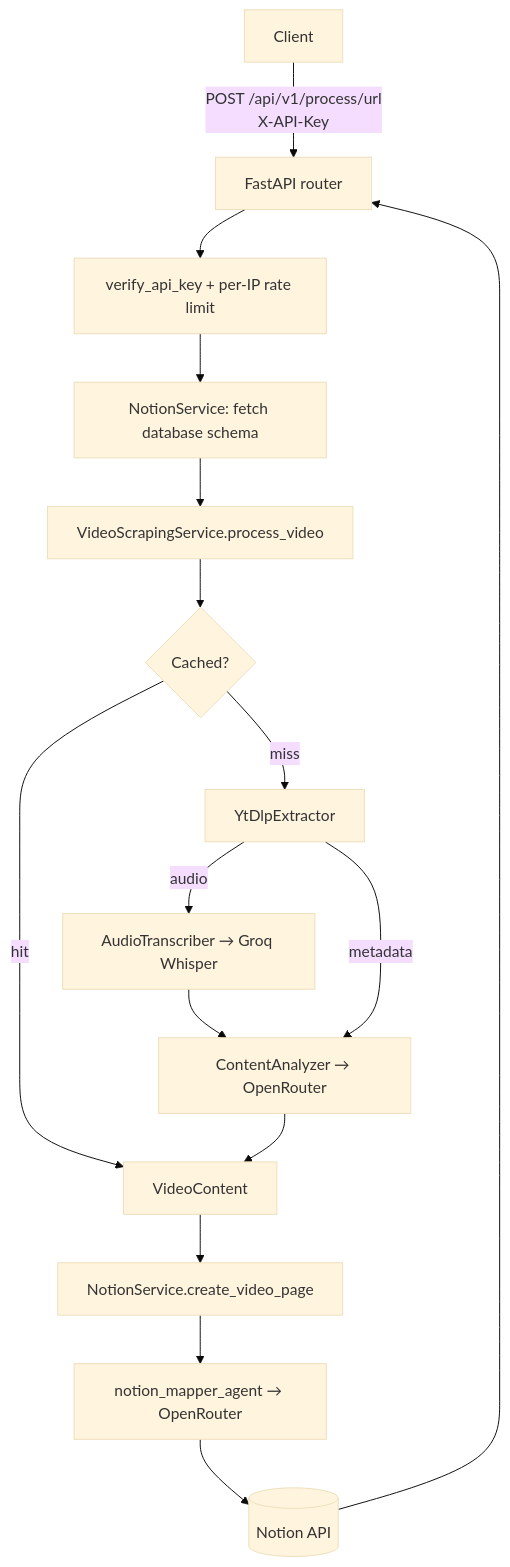
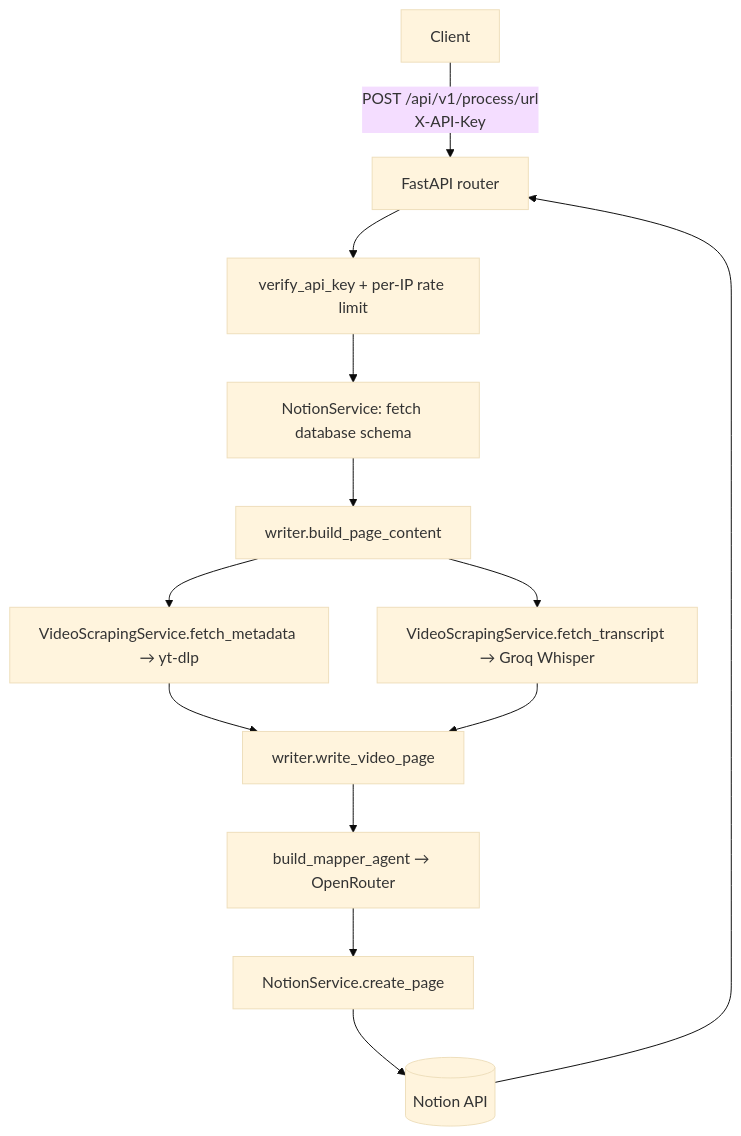
One commit to MichalKus/WebToNotion-showcase changed the first of 3 diagrams in docs/architecture.md. Above: the diagram before and after it, drawn with Mermaid (base theme). The commit also changed other lines of this file and 36 other files, not shown here.

````diff
--- a/docs/architecture.md
+++ b/docs/architecture.md
@@ -87,19 +95,16 @@
 ```mermaid
 graph TD
     U[Client] -->|"POST /api/v1/process/url<br/>X-API-Key"| API[FastAPI router]
     API --> AUTH[verify_api_key + per-IP rate limit]
     AUTH --> NS1[NotionService: fetch database schema]
-    NS1 --> VS[VideoScrapingService.process_video]
+    NS1 --> BPC[writer.build_page_content]
 
-    VS --> CACHE{Cached?}
-    CACHE -->|hit| DONE[VideoContent]
-    CACHE -->|miss| YT[YtDlpExtractor]
-    YT -->|audio| TR[AudioTranscriber → Groq Whisper]
-    TR --> AN[ContentAnalyzer → OpenRouter]
-    YT -->|metadata| AN
-    AN --> DONE
-    DONE --> NS2[NotionService.create_video_page]
-    NS2 --> MAP[notion_mapper_agent → OpenRouter]
-    MAP --> NOTION[(Notion API)]
+    BPC --> MD[VideoScrapingService.fetch_metadata → yt-dlp]
+    BPC --> TR[VideoScrapingService.fetch_transcript → Groq Whisper]
+    MD --> WVP[writer.write_video_page]
+    TR --> WVP
+    WVP --> MAP[build_mapper_agent → OpenRouter]
+    MAP --> NC[NotionService.create_page]
+    NC --> NOTION[(Notion API)]
     NOTION --> API
 ```
````
